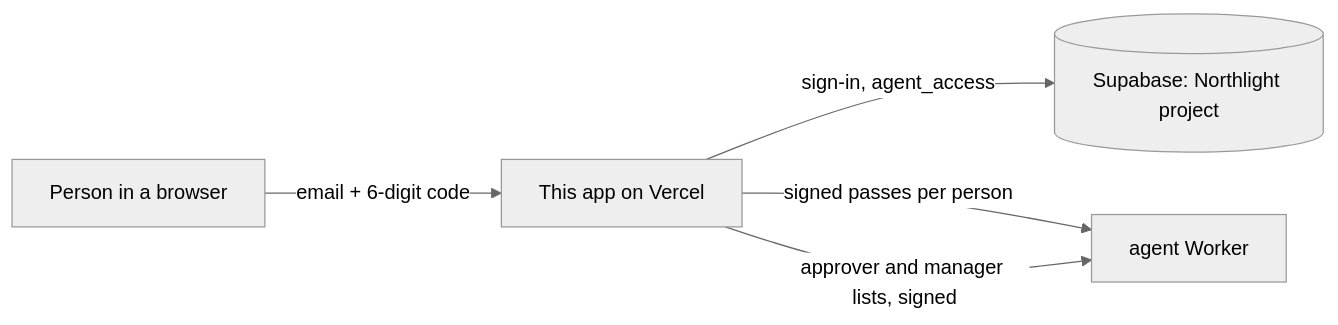
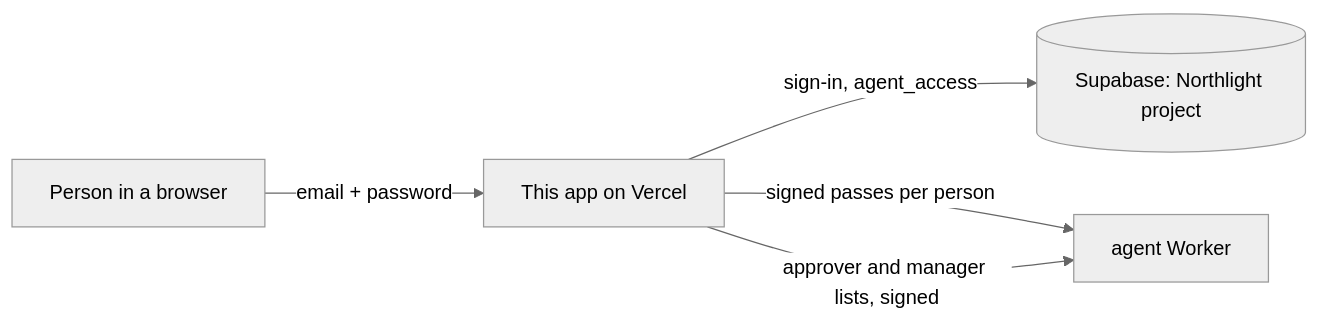
One commit to latczar/northlight-shell changed the diagram in console/README.md. Above: the diagram before and after it, drawn with Mermaid (neutral theme). The commit also changed other lines of this file and 17 other files, not shown here.

First line of the commit message:
Console: sign in with email and password

````diff
--- a/console/README.md
+++ b/console/README.md
@@ -11,7 +11,7 @@
 ```mermaid
 flowchart LR
-  person[Person in a browser] -->|email + 6-digit code| app[This app on Vercel]
+  person[Person in a browser] -->|email + password| app[This app on Vercel]
   app -->|sign-in, agent_access| supabase[(Supabase: Northlight project)]
   app -->|signed passes per person| brain[agent Worker]
   app -->|approver and manager lists, signed| brain
 ```
````
